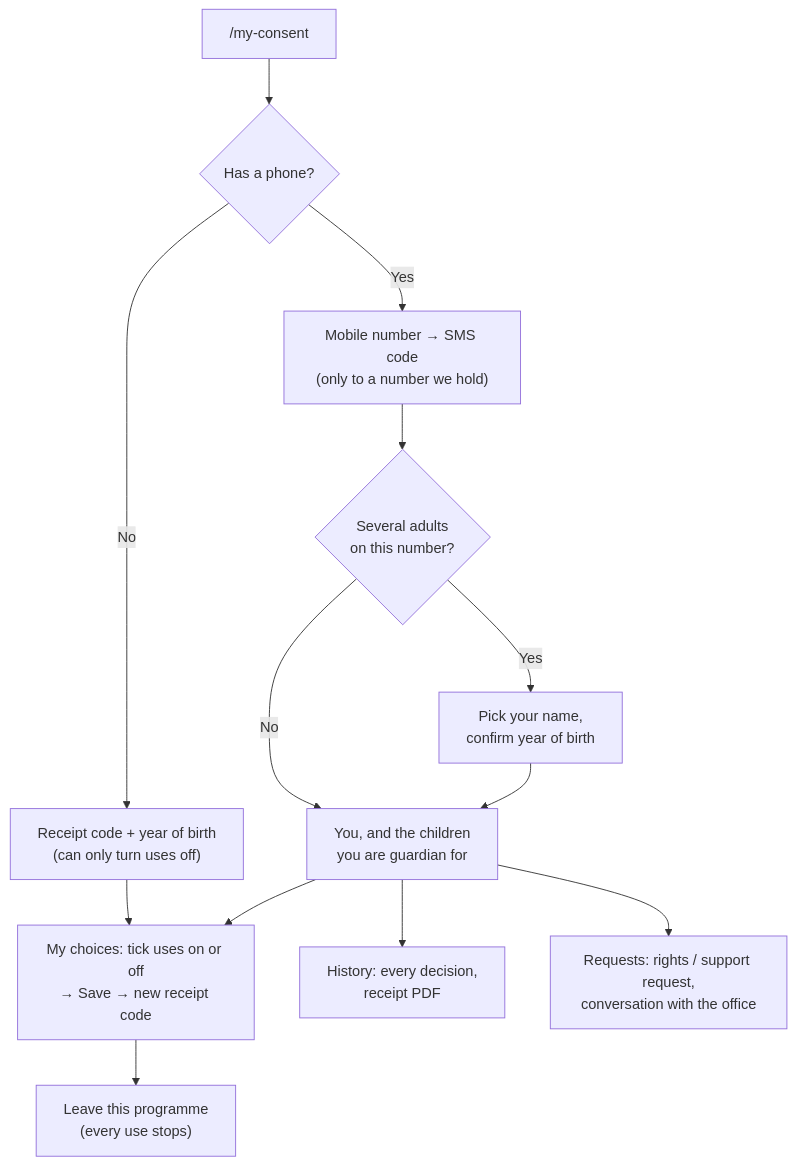
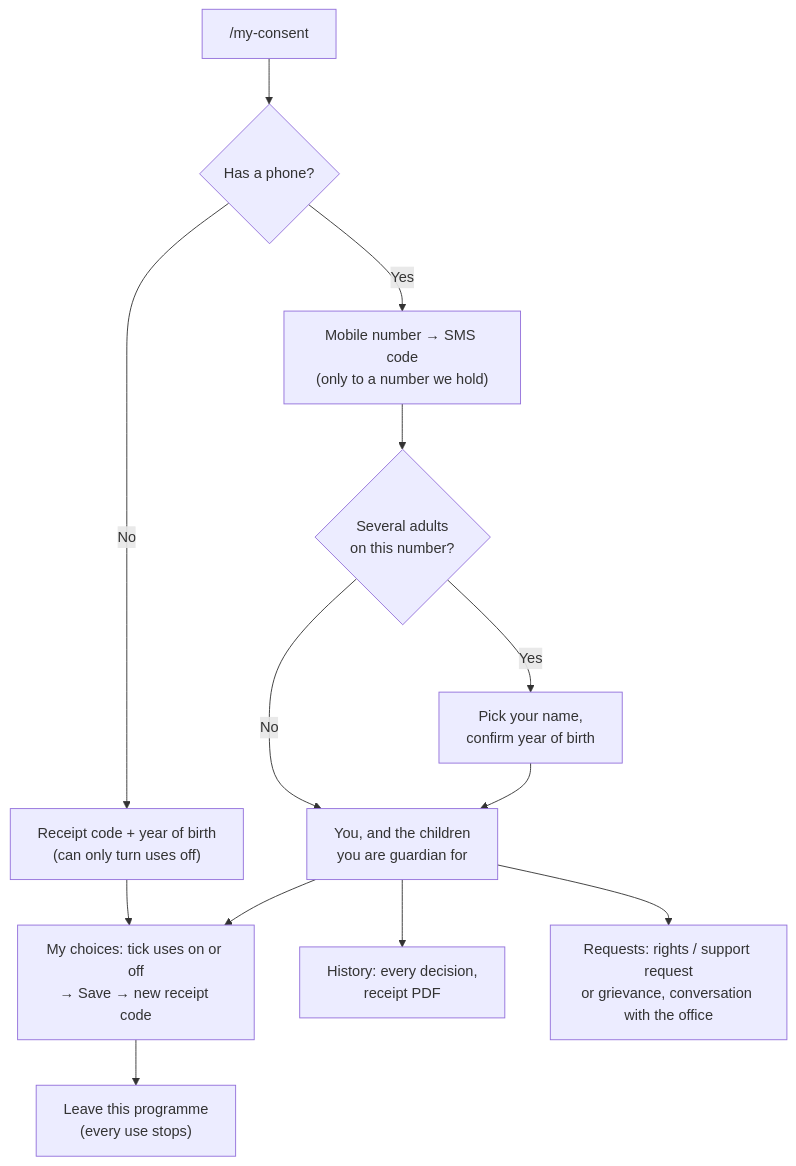
Before and after one commit to sunandan89/anumati: the sixth of 12 diagrams in docs/guide/product-guide.md, drawn with Mermaid. The commit also changed other lines of this file and 159 other files, not shown here.

````diff
--- a/docs/guide/product-guide.md
+++ b/docs/guide/product-guide.md
@@ -285,15 +286,15 @@
 ```mermaid
 flowchart TD
   S["/my-consent"] --> P{"Has a phone?"}
   P -- "Yes" --> O["Mobile number → SMS code<br/>(only to a number we hold)"]
   P -- "No" --> R["Receipt code + year of birth<br/>(can only turn uses off)"]
   O --> W{"Several adults<br/>on this number?"}
   W -- "Yes" --> Y["Pick your name,<br/>confirm year of birth"]
   W -- "No" --> PP["You, and the children<br/>you are guardian for"]
   Y --> PP
   R --> C
   PP --> C["My choices: tick uses on or off<br/>→ Save → new receipt code"]
   C --> L["Leave this programme<br/>(every use stops)"]
   PP --> H["History: every decision,<br/>receipt PDF"]
-  PP --> Q["Requests: rights / support request,<br/>conversation with the office"]
+  PP --> Q["Requests: rights / support request<br/>or grievance, conversation with the office"]
 ```
````
